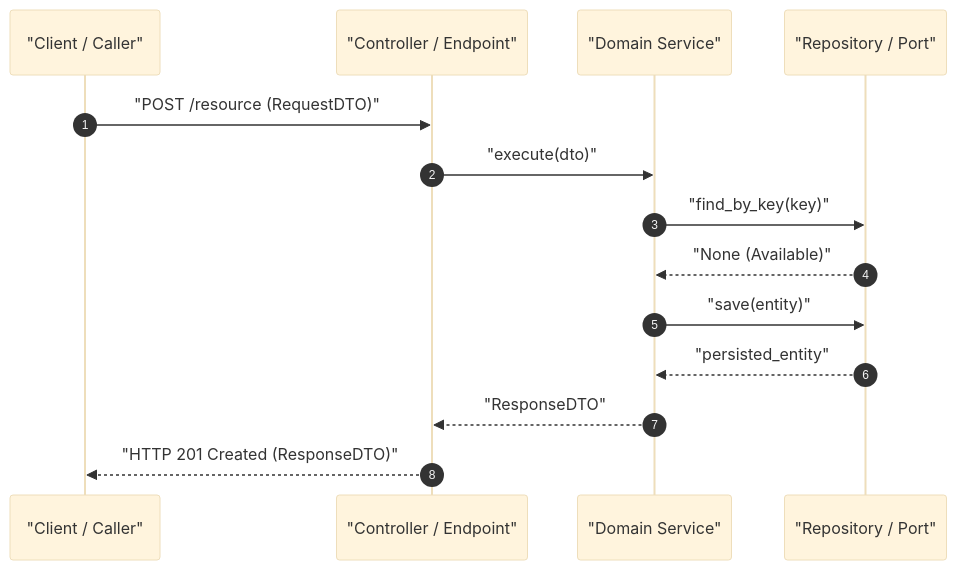
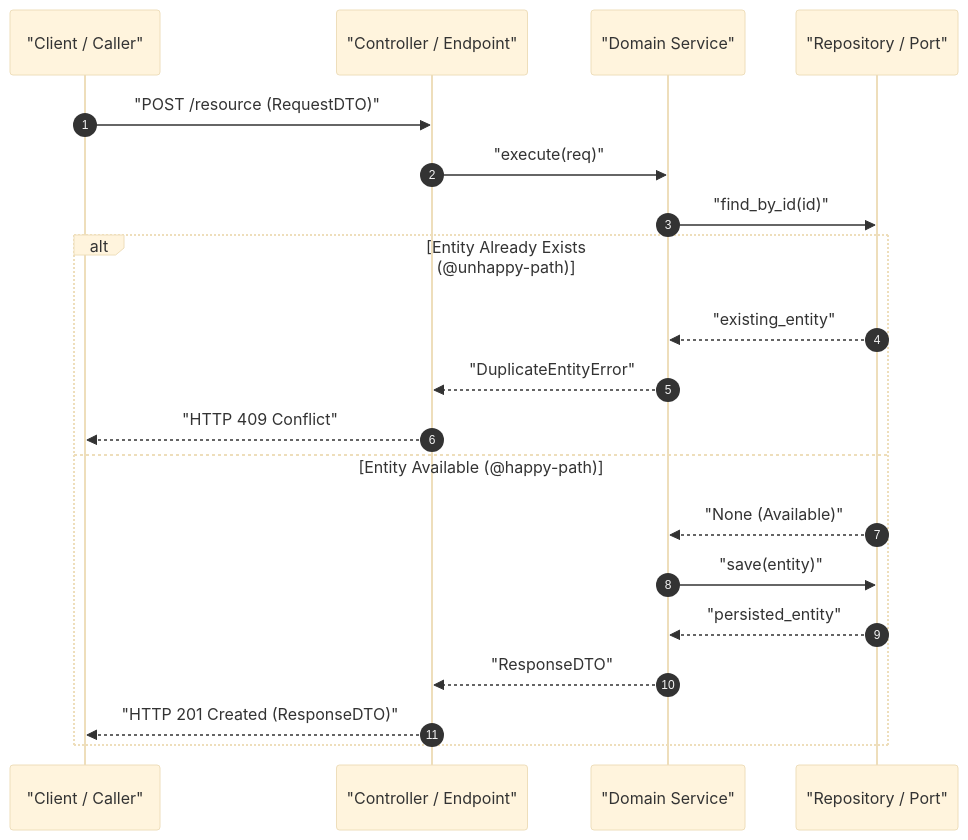
One commit to MarcosVeniciu/antigravity-agentic-skills changed the first of 2 diagrams in skills/plan/resources/plan-template.md. Above: the diagram before and after it, drawn with Mermaid (base theme). The commit also changed other lines of this file and 10 other files, not shown here.

````diff
--- a/skills/plan/resources/plan-template.md
+++ b/skills/plan/resources/plan-template.md
@@ -84,17 +84,23 @@
 ```mermaid
 sequenceDiagram
     autonumber
     participant Client as "Client / Caller"
     participant API as "Controller / Endpoint"
     participant Service as "Domain Service"
     participant Port as "Repository / Port"
     
     Client->>API: "POST /resource (RequestDTO)"
-    API->>Service: "execute(dto)"
-    Service->>Port: "find_by_key(key)"
-    Port-->>Service: "None (Available)"
-    Service->>Port: "save(entity)"
-    Port-->>Service: "persisted_entity"
-    Service-->>API: "ResponseDTO"
-    API-->>Client: "HTTP 201 Created (ResponseDTO)"
+    API->>Service: "execute(req)"
+    Service->>Port: "find_by_id(id)"
+    alt Entity Already Exists (@unhappy-path)
+        Port-->>Service: "existing_entity"
+        Service-->>API: "DuplicateEntityError"
+        API-->>Client: "HTTP 409 Conflict"
+    else Entity Available (@happy-path)
+        Port-->>Service: "None (Available)"
+        Service->>Port: "save(entity)"
+        Port-->>Service: "persisted_entity"
+        Service-->>API: "ResponseDTO"
+        API-->>Client: "HTTP 201 Created (ResponseDTO)"
+    end
 ```
````
